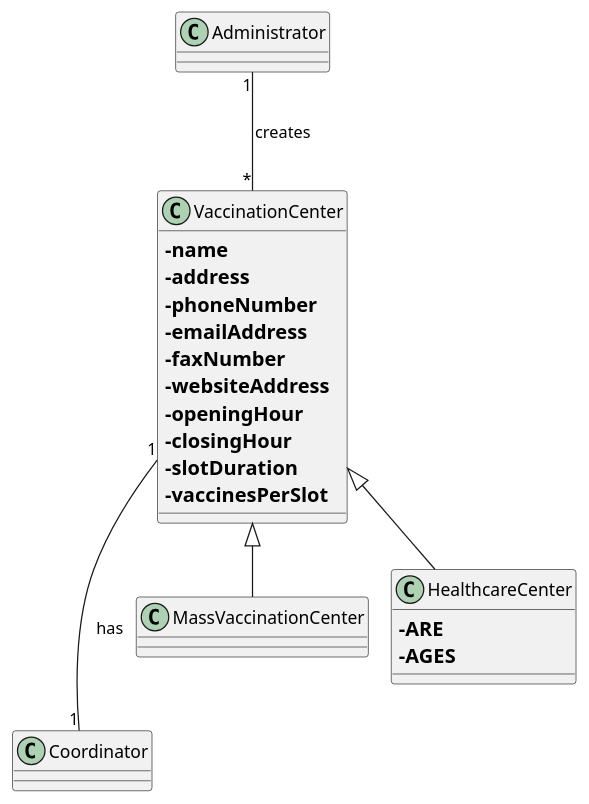
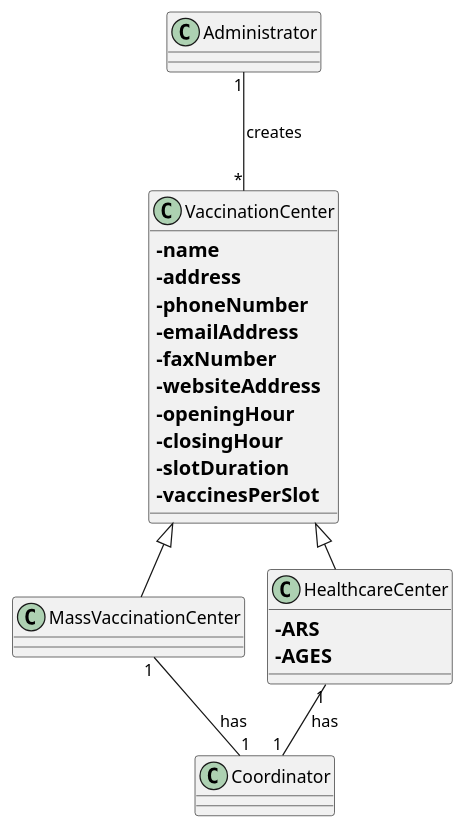
Before and after one commit to Pirussa/lei-22-s2-1da-g02: the diagram in docs/SprintB/US009/US009_MD.puml, drawn with PlantUML. The commit also changed 1 other file, not shown here.

```diff
--- a/docs/SprintB/US009/US009_MD.puml
+++ b/docs/SprintB/US009/US009_MD.puml
@@ -1,34 +1,35 @@
 @startuml
 'https://plantuml.com/class-diagram
 !pragma layout smetana
 
 class Administrator
 
 class VaccinationCenter{
 ==-name
 ==-address
 ==-phoneNumber
 ==-emailAddress
 ==-faxNumber
 ==-websiteAddress
 ==-openingHour
 ==-closingHour
 ==-slotDuration
 ==-vaccinesPerSlot
 }
 
 class Coordinator
 
 class MassVaccinationCenter extends VaccinationCenter{
 
 }
 
 class HealthcareCenter extends VaccinationCenter{
-==-ARE
+==-ARS
 ==-AGES
 }
 
-VaccinationCenter "1" --- "1" Coordinator: has >
+MassVaccinationCenter "1" -d- "1" Coordinator: has >
+HealthcareCenter "1" -d- "1" Coordinator: has >
 Administrator "1" --- "*" VaccinationCenter: creates >
 
 @enduml
```
